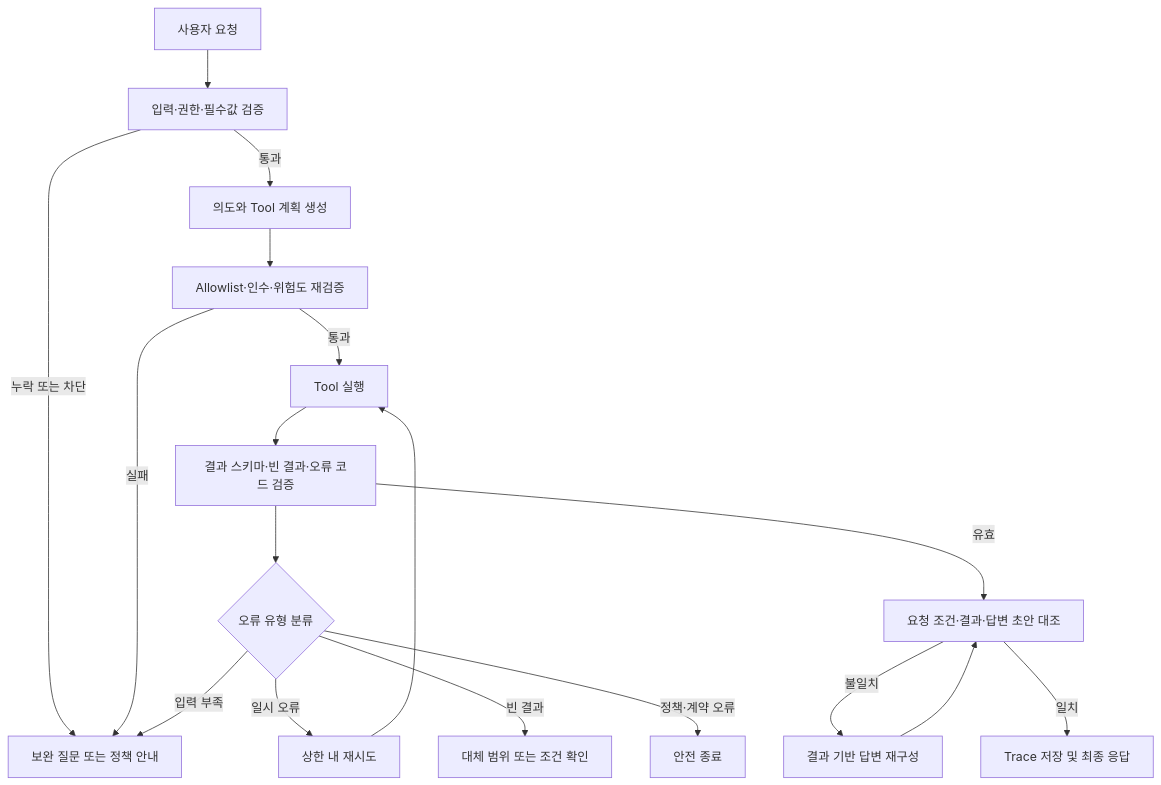
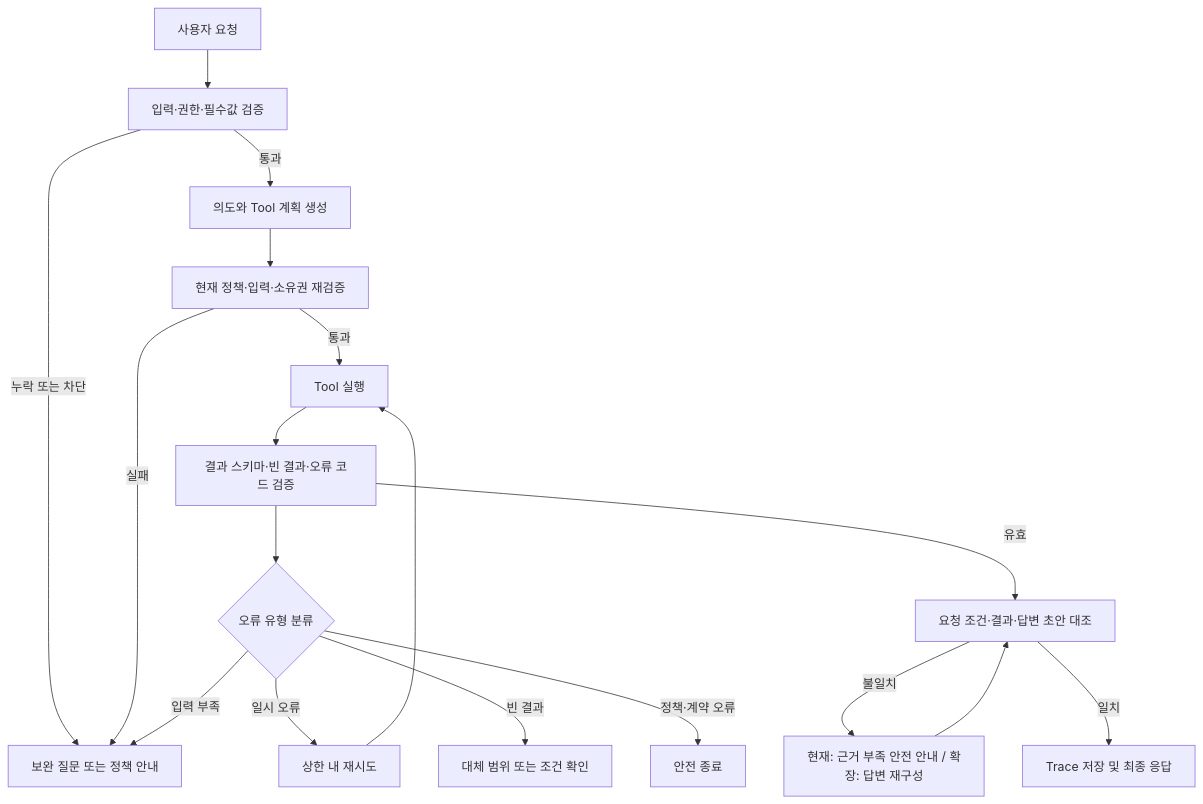
One commit to encore-ai-campus/aio-01-p2-team3 changed the diagram in documents/deliverable_2_agent_test_report.md. Above: the diagram before and after it, drawn with Mermaid. The commit also changed other lines of this file and 20 other files, not shown here.

````diff
--- a/documents/deliverable_2_agent_test_report.md
+++ b/documents/deliverable_2_agent_test_report.md
@@ -99,20 +107,20 @@
 ```mermaid
 flowchart TD
     A[사용자 요청] --> B[입력·권한·필수값 검증]
     B -->|누락 또는 차단| C[보완 질문 또는 정책 안내]
     B -->|통과| D[의도와 Tool 계획 생성]
-    D --> E[Allowlist·인수·위험도 재검증]
+    D --> E[현재 정책·입력·소유권 재검증]
     E -->|실패| C
     E -->|통과| F[Tool 실행]
     F --> G[결과 스키마·빈 결과·오류 코드 검증]
     G --> H{오류 유형 분류}
     H -->|일시 오류| I[상한 내 재시도]
     I --> F
     H -->|입력 부족| C
     H -->|빈 결과| J[대체 범위 또는 조건 확인]
     H -->|정책·계약 오류| K[안전 종료]
     G -->|유효| L[요청 조건·결과·답변 초안 대조]
-    L -->|불일치| M[결과 기반 답변 재구성]
+    L -->|불일치| M[현재: 근거 부족 안전 안내 / 확장: 답변 재구성]
     M --> L
     L -->|일치| N[Trace 저장 및 최종 응답]
 ```
````
